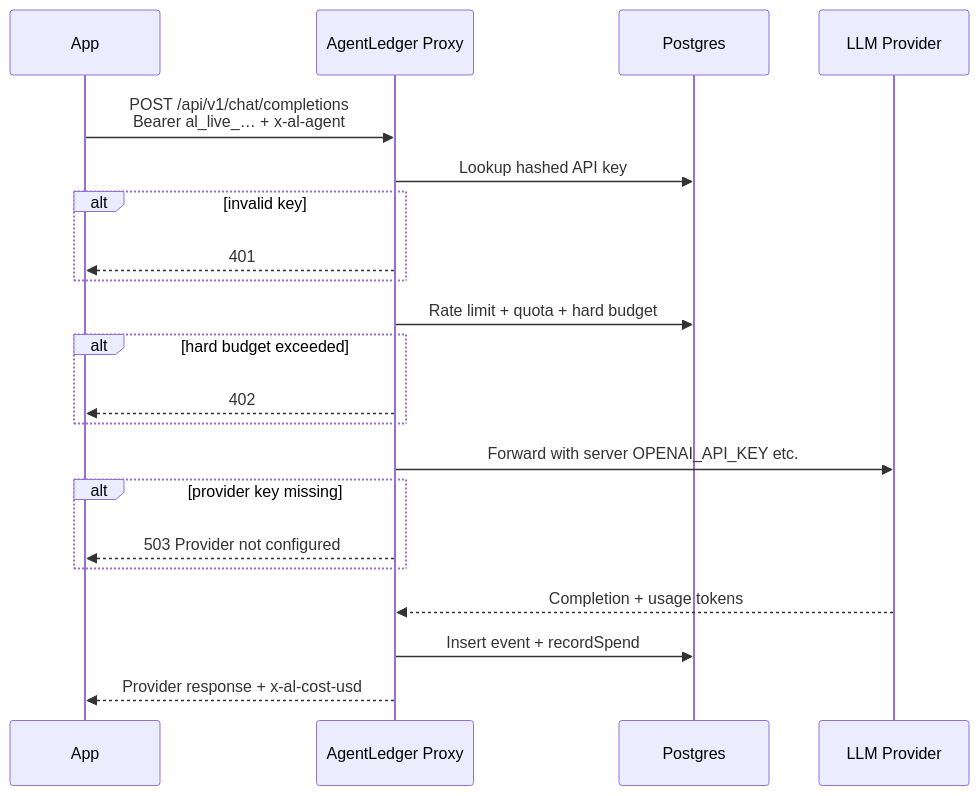
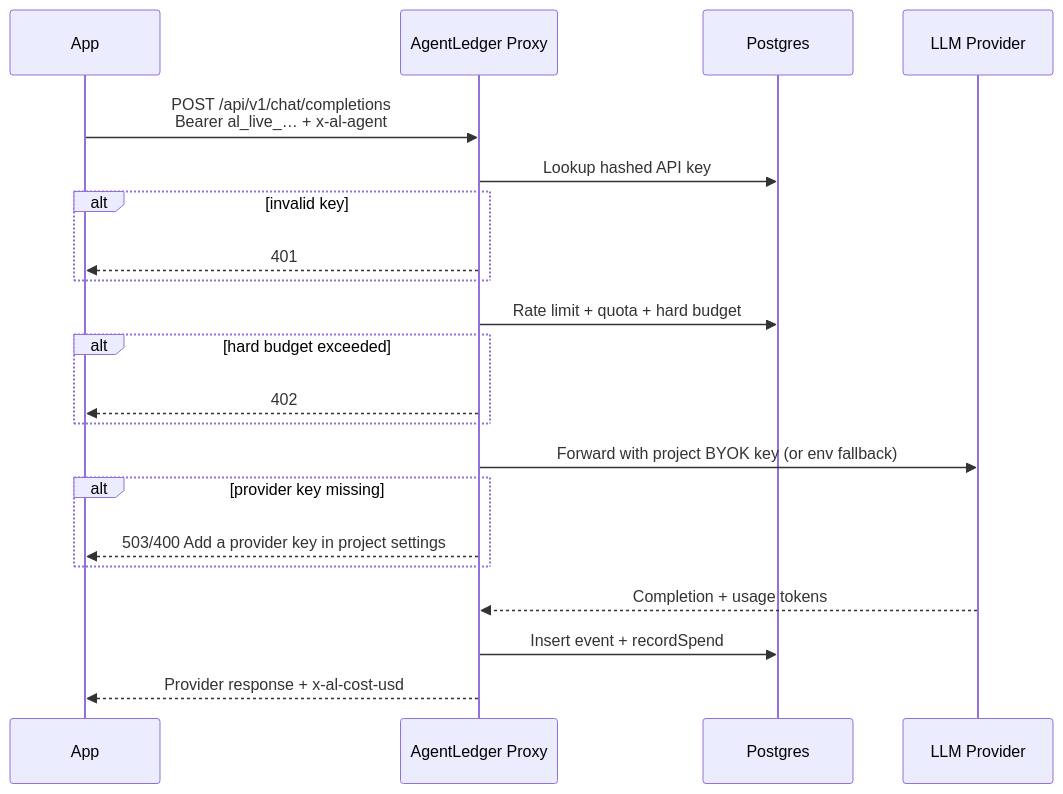
Before and after one commit to a-n-oss/AgentLedger: the second of 4 diagrams in README.md, drawn with Mermaid. The commit also changed other lines of this file and 18 other files, not shown here.

First line of the commit message:
Add hosted BYOK provider secrets with invite-only Clerk gating.

````diff
--- a/README.md
+++ b/README.md
@@ -147,24 +147,24 @@
 ```mermaid
 sequenceDiagram
   participant App
   participant Proxy as AgentLedger Proxy
   participant DB as Postgres
   participant Prov as LLM Provider
 
   App->>Proxy: POST /api/v1/chat/completions<br/>Bearer al_live_… + x-al-agent
   Proxy->>DB: Lookup hashed API key
   alt invalid key
     Proxy-->>App: 401
   end
   Proxy->>DB: Rate limit + quota + hard budget
   alt hard budget exceeded
     Proxy-->>App: 402
   end
-  Proxy->>Prov: Forward with server OPENAI_API_KEY etc.
+  Proxy->>Prov: Forward with project BYOK key (or env fallback)
   alt provider key missing
-    Proxy-->>App: 503 Provider not configured
+    Proxy-->>App: 503/400 Add a provider key in project settings
   end
   Prov-->>Proxy: Completion + usage tokens
   Proxy->>DB: Insert event + recordSpend
   Proxy-->>App: Provider response + x-al-cost-usd
 ```
````
